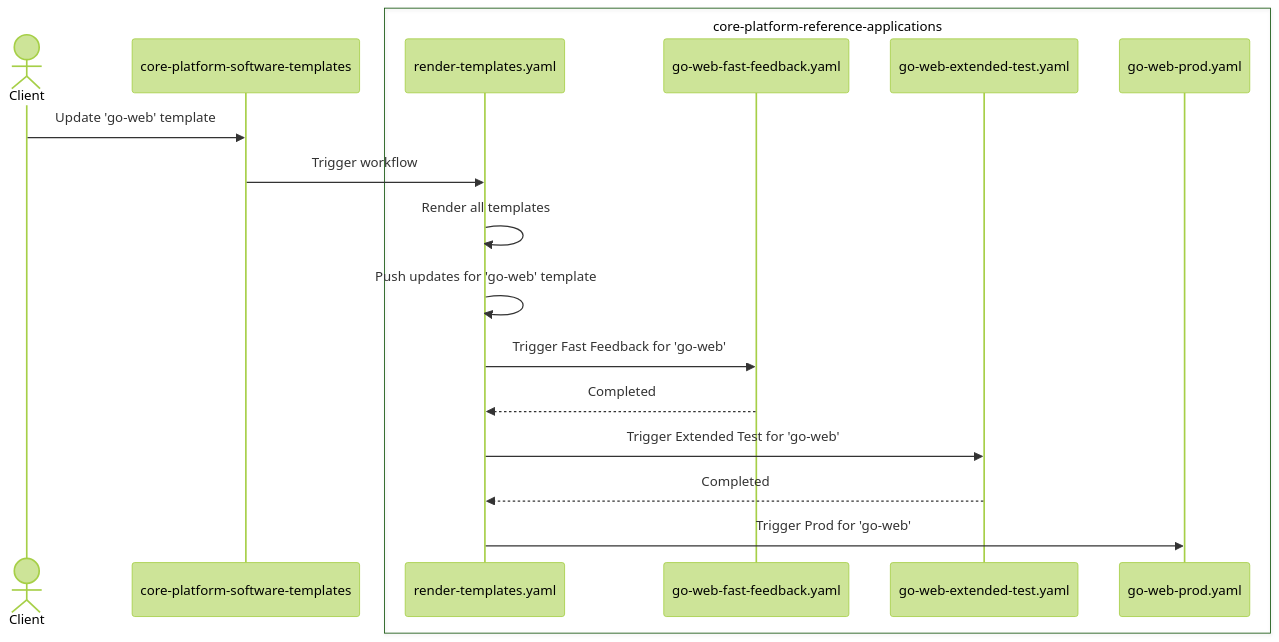
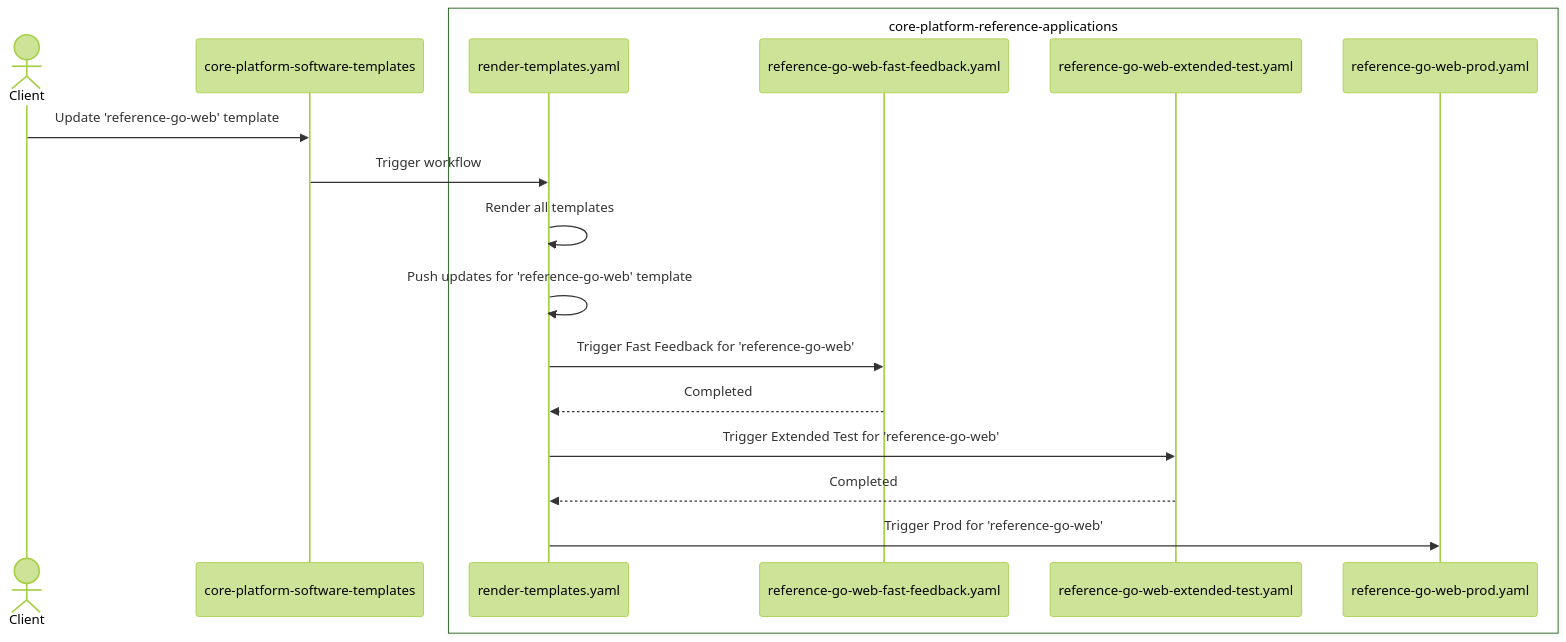
The diagram in README.md (coreeng/core-platform-reference-applications), drawn with Mermaid (forest theme) before and after one commit. The commit also changed 415 other files, not shown here.

````diff
--- a/README.md
+++ b/README.md
@@ -7,22 +7,22 @@
 ```mermaid
 sequenceDiagram
     actor C as Client
     participant ST as core-platform-software-templates
     box core-platform-reference-applications
       participant RT as render-templates.yaml
-      participant FF as go-web-fast-feedback.yaml
-      participant ET as go-web-extended-test.yaml
-      participant PROD as go-web-prod.yaml
+      participant FF as reference-go-web-fast-feedback.yaml
+      participant ET as reference-go-web-extended-test.yaml
+      participant PROD as reference-go-web-prod.yaml
     end
     
-    C ->> ST: Update 'go-web' template
+    C ->> ST: Update 'reference-go-web' template
     
     ST ->> RT: Trigger workflow
     RT ->> RT: Render all templates
-    RT ->> RT: Push updates for 'go-web' template
-    RT ->> FF: Trigger Fast Feedback for 'go-web'
+    RT ->> RT: Push updates for 'reference-go-web' template
+    RT ->> FF: Trigger Fast Feedback for 'reference-go-web'
     FF -->> RT: Completed
-    RT ->> ET: Trigger Extended Test for 'go-web'
+    RT ->> ET: Trigger Extended Test for 'reference-go-web'
     ET -->> RT: Completed
-    RT ->> PROD: Trigger Prod for 'go-web'
+    RT ->> PROD: Trigger Prod for 'reference-go-web'
 ```
````
